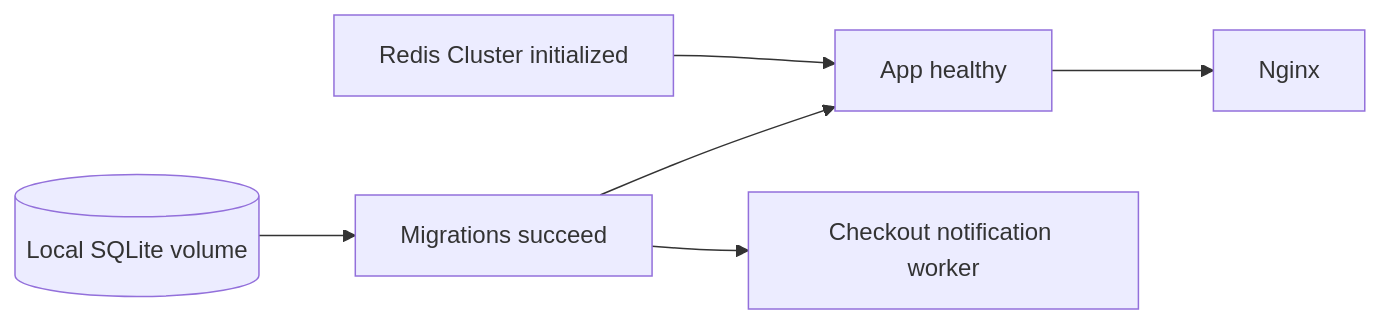
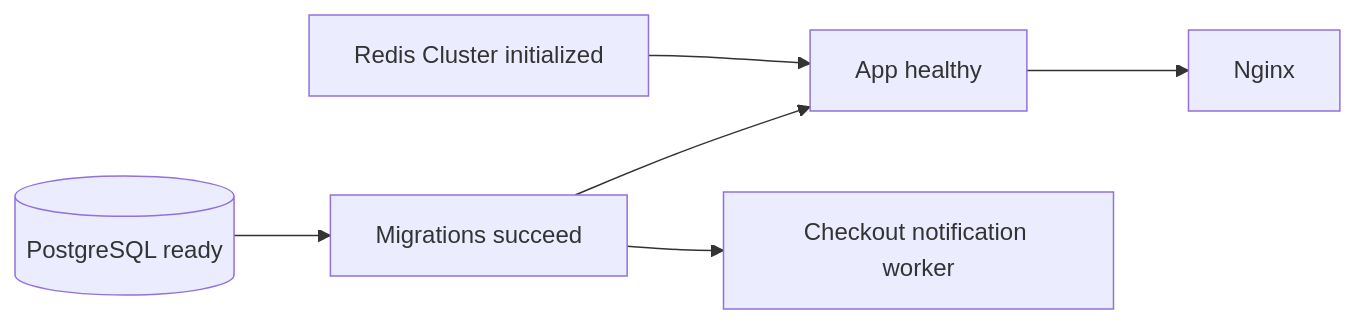
One commit to zipwit/zipwit-shop changed the second of 2 diagrams in README.md. Above: the diagram before and after it, drawn with Mermaid. The commit also changed other lines of this file and 5 other files, not shown here.

Commit message:
chore(infra): wire PostgreSQL and Deal Scout into Docker and CI

````diff
--- a/README.md
+++ b/README.md
@@ -376,8 +382,8 @@
 ```mermaid
 flowchart LR
-    Volume[(Local SQLite volume)] --> Migrate[Migrations succeed]
+    Volume[(PostgreSQL ready)] --> Migrate[Migrations succeed]
     Migrate --> App
     Redis[Redis Cluster initialized] --> App[App healthy]
     App --> Web[Nginx]
     Migrate --> Worker[Checkout notification worker]
 ```
````
